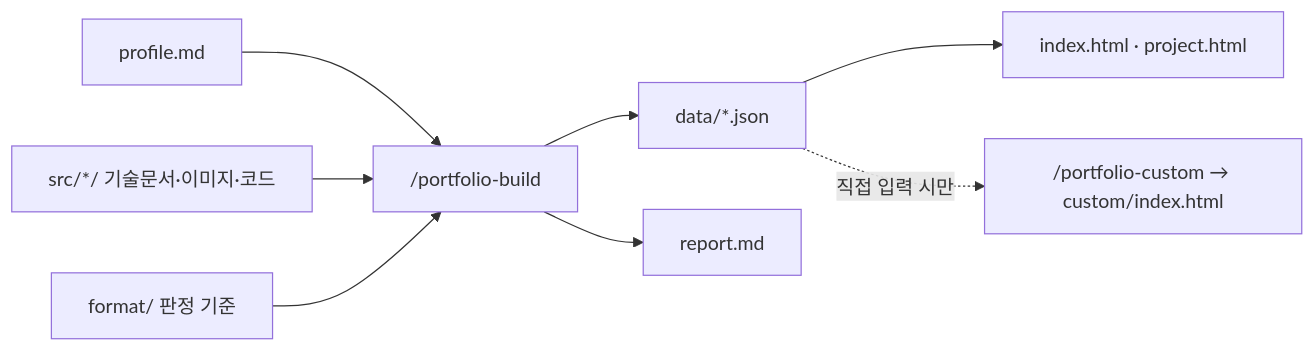
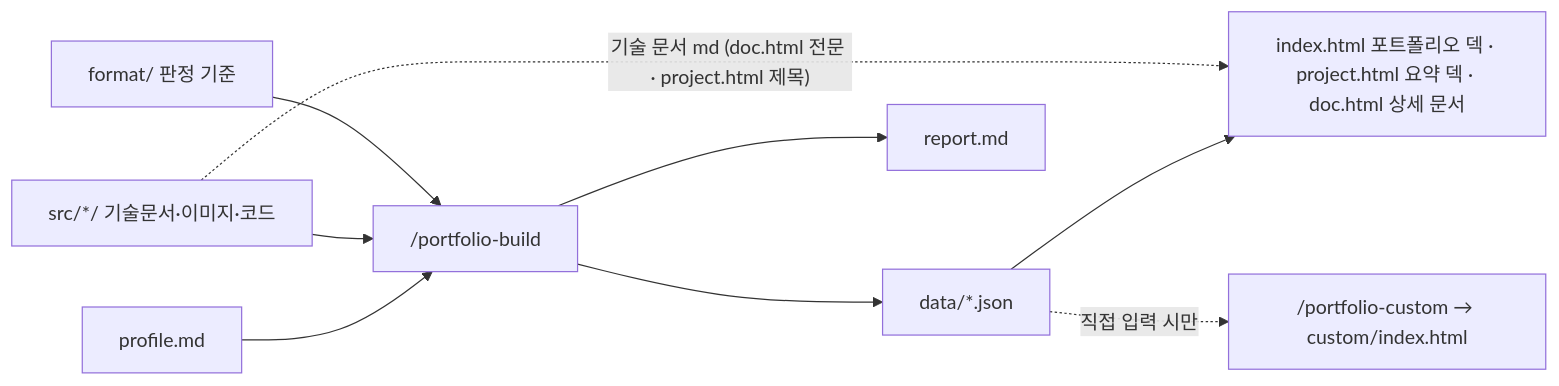
The diagram in CLAUDE.md (krKooHoo/portfolio-test), drawn with Mermaid before and after one commit. The commit also changed other lines of this file and 17 other files, not shown here.

````diff
--- a/CLAUDE.md
+++ b/CLAUDE.md
@@ -35,10 +36,11 @@
 ```mermaid
 flowchart LR
     P["profile.md"] --> B["/portfolio-build"]
     S["src/*/ 기술문서·이미지·코드"] --> B
     F["format/ 판정 기준"] --> B
     B --> D["data/*.json"]
     B --> R["report.md"]
-    D --> I["index.html · project.html"]
+    D --> I["index.html 포트폴리오 덱 · project.html 요약 덱 · doc.html 상세 문서"]
+    S -.->|"기술 문서 md (doc.html 전문 · project.html 제목)"| I
     D -.->|"직접 입력 시만"| C["/portfolio-custom → custom/index.html"]
 ```
````
